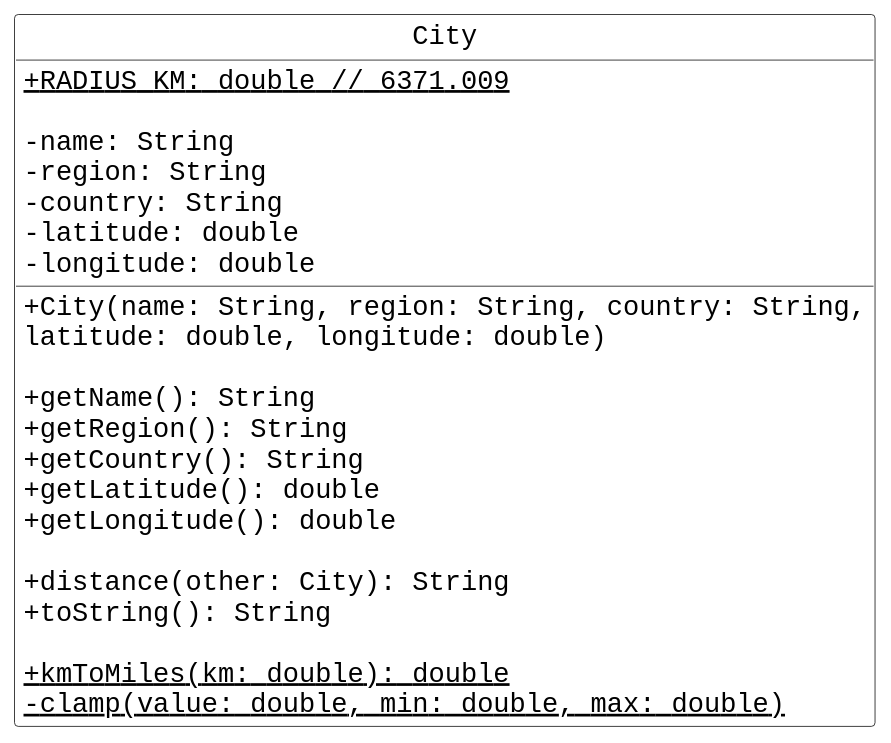
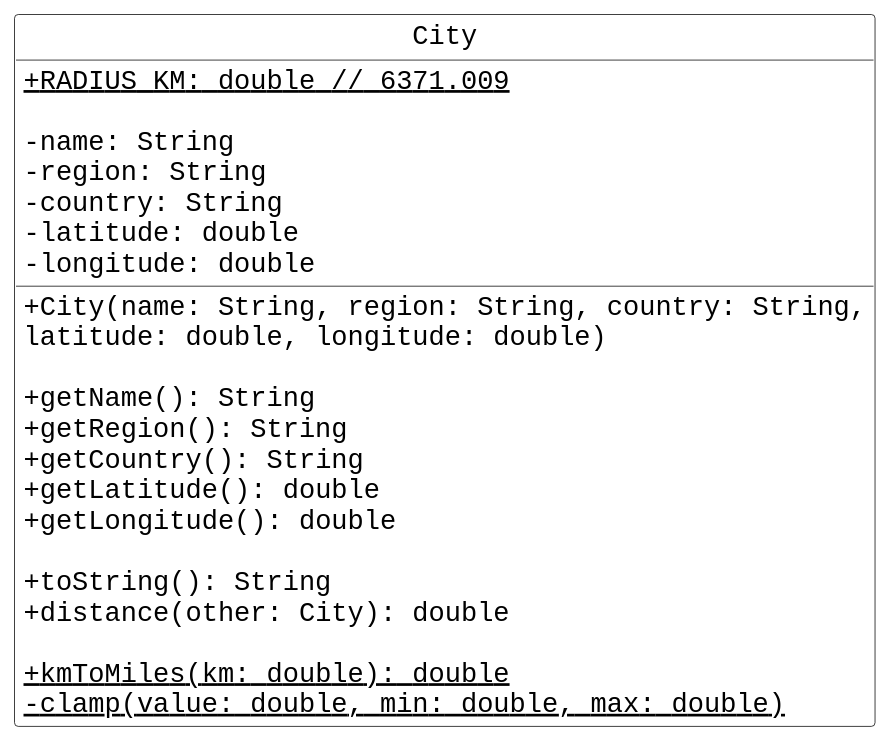
Before and after one commit to jdeisenberg/ThinkJava2Exercises: the diagram in figs/ch12/city.puml, drawn with PlantUML. The commit also changed 2 other files, not shown here.

Commit message:
Continue with City exercise.

```diff
--- a/figs/ch12/city.puml
+++ b/figs/ch12/city.puml
@@ -1,36 +1,36 @@
 @startuml
 skinparam classbackgroundcolor #ffffff
 skinparam classdiamondbackgroundcolor #ffffff
 skinparam classdiamondbordercolor #000000
 skinparam classbordercolor #000000
 skinparam classfontsize 18
 skinparam classfontname "Liberation Mono"
 skinparam classattributefontsize 18
 skinparam classattributefontname "Liberation Mono"
 skinparam classAttributeIconSize 0
 hide circle
 class City {
   {static} + RADIUS_KM: double // 6371.009
   
   - name: String
   - region: String
   - country: String
   - latitude: double
   - longitude: double
   
   + City(name: String, region: String, country: String,
      latitude: double, longitude: double)
   
   + getName(): String
   + getRegion(): String
   + getCountry(): String
   + getLatitude(): double
   + getLongitude(): double
 
-  + distance(other: City): String
   + toString(): String
+  + distance(other: City): double
   
   {static} + kmToMiles(km: double): double
   {static} - clamp(value: double, min: double, max: double)
 }
 @enduml
```
